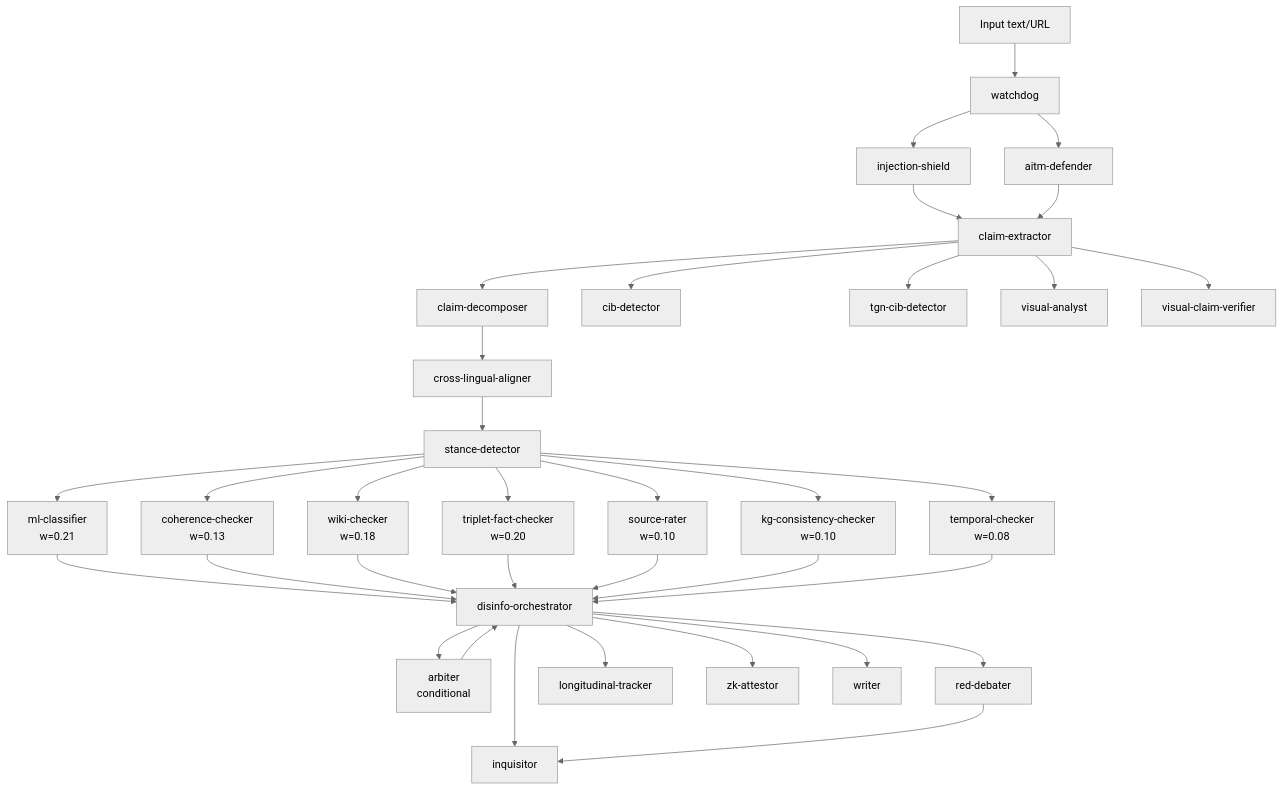
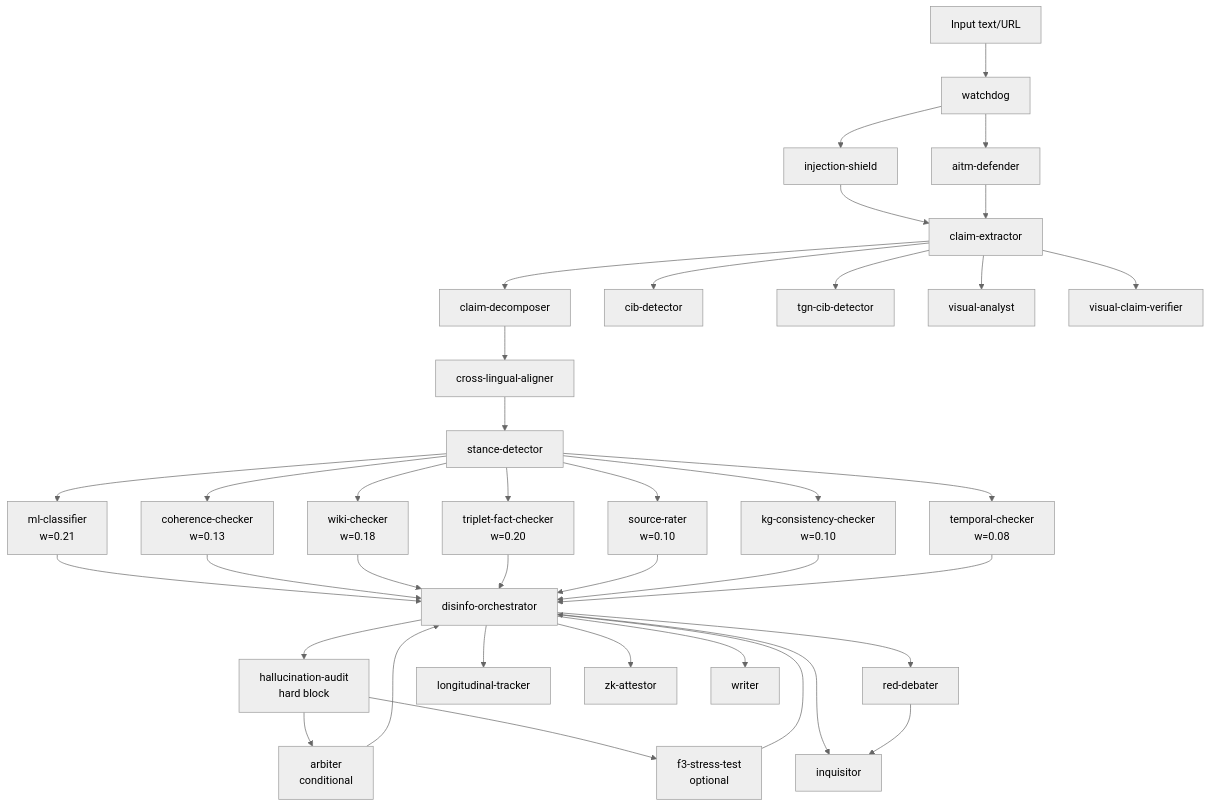
Before and after one commit to badmarsh/librefang: the diagram in docs/disinfo-pipeline.md, drawn with Mermaid (neutral theme). The commit also changed other lines of this file and 1 other file, not shown here.

Commit message:
docs: update architecture and pipeline docs for Medialny Dezolator hardening

````diff
--- a/docs/disinfo-pipeline.md
+++ b/docs/disinfo-pipeline.md
@@ -10,44 +10,47 @@
 ```mermaid
 graph TD
     Input[Input text/URL] --> Watchdog[watchdog]
     Watchdog --> Shield[injection-shield]
     Watchdog --> AITM[aitm-defender]
     Shield --> Extractor[claim-extractor]
     AITM --> Extractor
     
     Extractor --> Decomposer[claim-decomposer]
     Decomposer --> Aligner[cross-lingual-aligner]
     Aligner --> Stance[stance-detector]
     
     Stance --> ML[ml-classifier<br/>w=0.21]
     Stance --> Coherence[coherence-checker<br/>w=0.13]
     Stance --> Wiki[wiki-checker<br/>w=0.18]
     Stance --> Triplet[triplet-fact-checker<br/>w=0.20]
     Stance --> Source[source-rater<br/>w=0.10]
     Stance --> KG[kg-consistency-checker<br/>w=0.10]
     Stance --> Temporal[temporal-checker<br/>w=0.08]
     
     ML --> Orchestrator[disinfo-orchestrator]
     Coherence --> Orchestrator
     Wiki --> Orchestrator
     Triplet --> Orchestrator
     Source --> Orchestrator
     KG --> Orchestrator
     Temporal --> Orchestrator
     
-    Orchestrator --> Arbiter[arbiter<br/>conditional]
+    Orchestrator --> HallucinationAudit[hallucination-audit<br/>hard block]
+    HallucinationAudit --> Arbiter[arbiter<br/>conditional]
+    HallucinationAudit --> F3StressTest[f3-stress-test<br/>optional]
+    F3StressTest --> Orchestrator
     Arbiter --> Orchestrator
 
     Orchestrator --> RedDebater[red-debater]
     Orchestrator --> Inquisitor[inquisitor]
     RedDebater --> Inquisitor
     
     Orchestrator --> Longitudinal[longitudinal-tracker]
     Orchestrator --> ZKAttestor[zk-attestor]
     
     Orchestrator --> Writer[writer]
     Extractor --> CIB[cib-detector]
     Extractor --> TGNCIB[tgn-cib-detector]
     Extractor --> Visual[visual-analyst]
     Extractor --> VisualCV[visual-claim-verifier]
 ```
````
